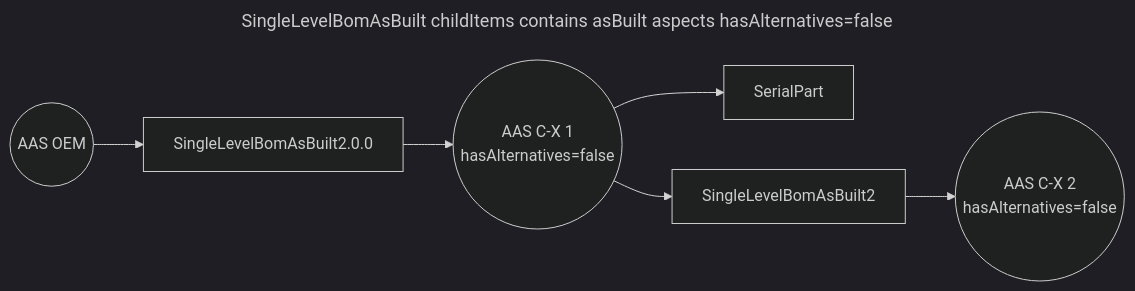
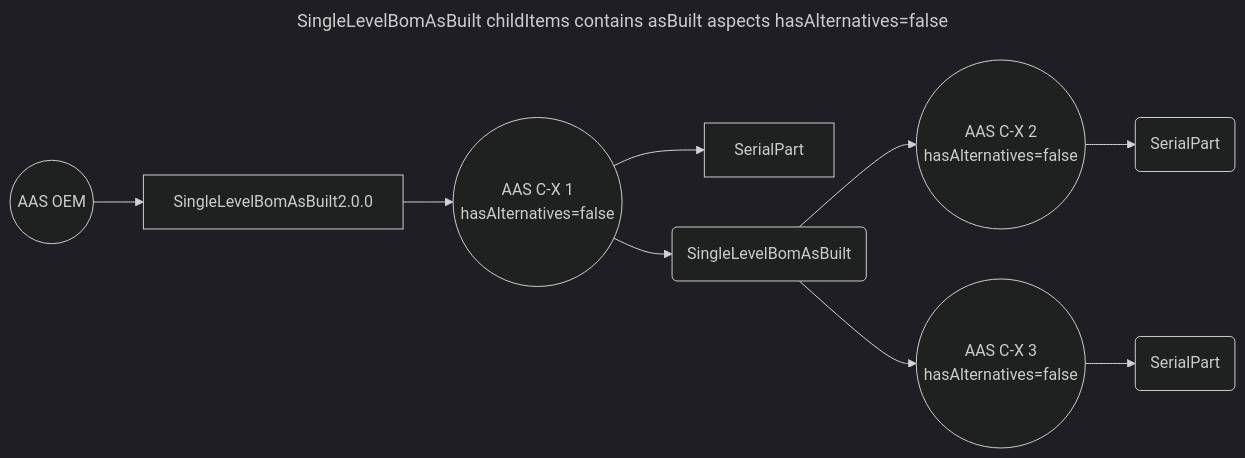
One commit to eclipse-tractusx/item-relationship-service changed the first of 3 diagrams in docs/concept/#212-Update-of-aspect-model-SingleLevelBomAsBuilt-2_0_0/#212-Update-SingleLevelBomAsBuilt-2-0-0.md. Above: the diagram before and after it, drawn with Mermaid. The commit also changed other lines of this file, not shown here.

`````diff
--- a/docs/concept/#212-Update-of-aspect-model-SingleLevelBomAsBuilt-2_0_0/#212-Update-SingleLevelBomAsBuilt-2-0-0.md
+++ b/docs/concept/#212-Update-of-aspect-model-SingleLevelBomAsBuilt-2_0_0/#212-Update-SingleLevelBomAsBuilt-2-0-0.md
@@ -64,20 +86,24 @@
 ````mermaid
 ---
 title: SingleLevelBomAsBuilt childItems contains asBuilt aspects hasAlternatives=false 
 ---
 %%{init: { 'fontFamily': 'Architects daughter', 'theme': 'dark' , 'curve' : 'linear'} }%%
 flowchart LR
     
     s1((AAS C-X 1 
     hasAlternatives=false))
     SingleLevelBomAsBuilt[SingleLevelBomAsBuilt2.0.0]
     
     
 aas((AAS OEM)) --> 
 SingleLevelBomAsBuilt --> s1
 s1 --> SerialPart
 s1 --> SingleLevelBomAsBuilt2
-SingleLevelBomAsBuilt2 --> s4((AAS C-X 2
+SingleLevelBomAsBuilt2(SingleLevelBomAsBuilt) --> s4((AAS C-X 2
 hasAlternatives=false))
+s4 --> SerialPart3(SerialPart)
+SingleLevelBomAsBuilt2 --> s5((AAS C-X 3
+hasAlternatives=false))
+s5 --> SerialPart2(SerialPart)
 
 ````
`````
